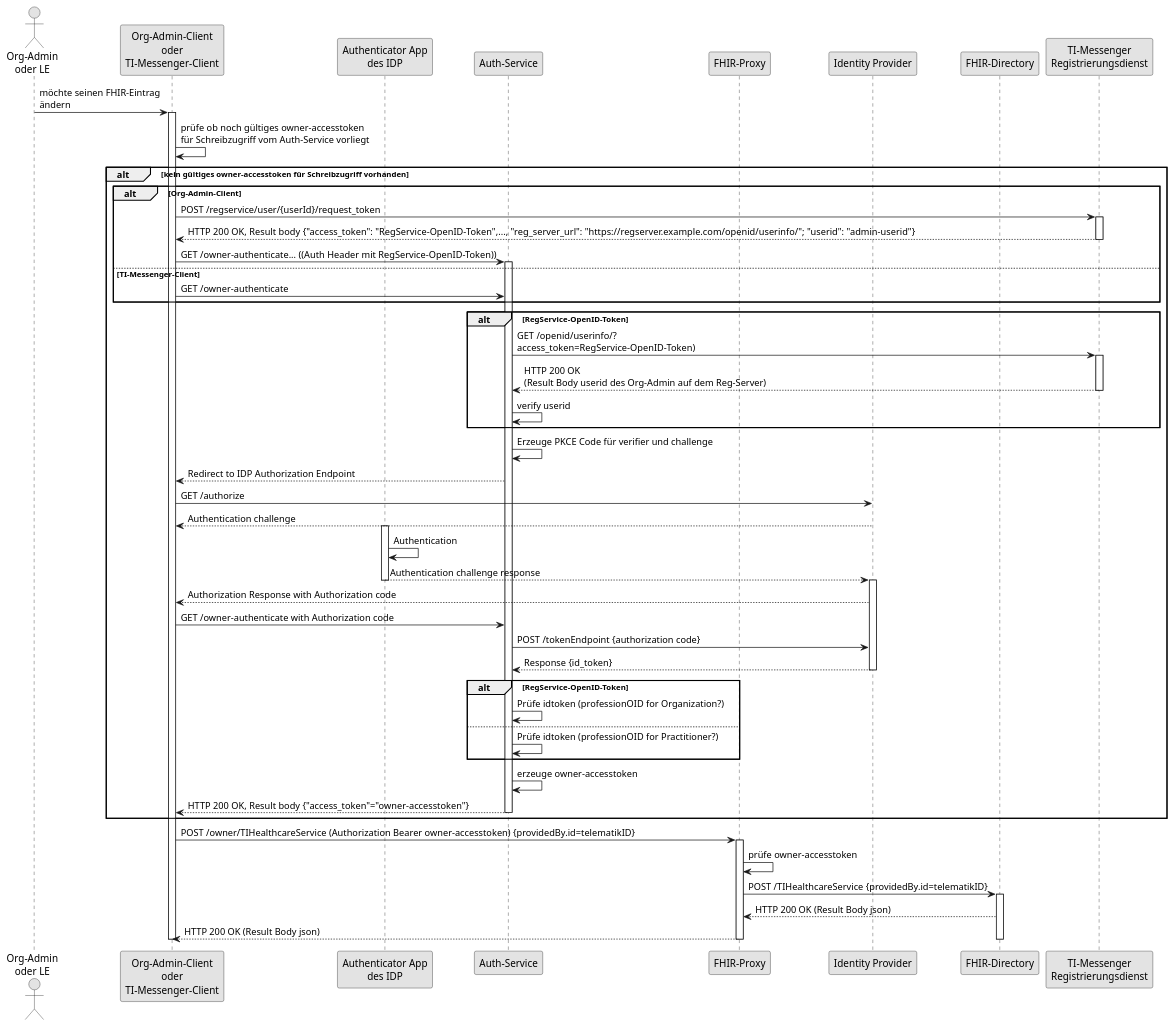
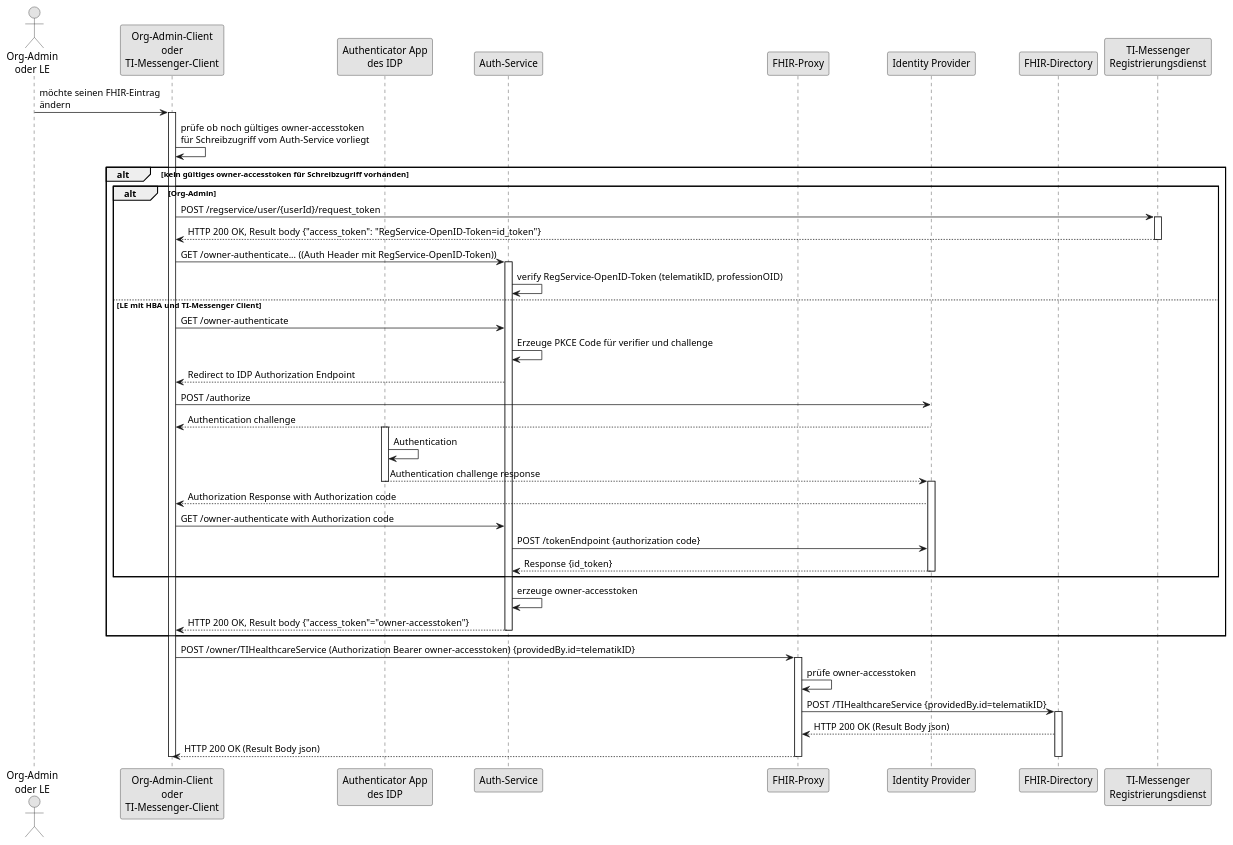
One commit to gematik/api-vzd changed the diagram in src/plantuml/SequenceDiagram.FHIR-Directory.owner.puml. Above: the diagram before and after it, drawn with PlantUML.

Commit message:
tim-1.1-changes
Update for tim-1.1-changes

```diff
--- a/src/plantuml/SequenceDiagram.FHIR-Directory.owner.puml
+++ b/src/plantuml/SequenceDiagram.FHIR-Directory.owner.puml
@@ -1,70 +1,59 @@
 @startuml FHIR-Directory, Sequenzdiagram Änderung von eigenen -Einträgen
 skinparam dpi 100
 skinparam WrapWidth 200
 skinparam monochrome true
 
 'title "FHIR-Directory, Sequenzdiagram Änderung von eigenen Einträgen'
 actor o as "Org-Admin\noder LE"
 participant cl as "Org-Admin-Client\noder\nTI-Messenger-Client"
 participant aa as "Authenticator App\ndes IDP"
 participant au as "Auth-Service"
 participant fp as "FHIR-Proxy"
 participant idp as "Identity Provider"
 participant fd as "FHIR-Directory"
 participant rd as "TI-Messenger\nRegistrierungsdienst"
 o -> cl: möchte seinen FHIR-Eintrag\nändern
 activate cl
 cl -> cl: prüfe ob noch gültiges owner-accesstoken\nfür Schreibzugriff vom Auth-Service vorliegt
 alt kein gültiges owner-accesstoken für Schreibzugriff vorhanden
-alt Org-Admin-Client
+alt Org-Admin
 cl -> rd: POST /regservice/user/{userId}/request_token
 activate rd
-rd --> cl: HTTP 200 OK, Result body {"access_token": "RegService-OpenID-Token",..., "reg_server_url": "https://regserver.example.com/openid/userinfo/"; "userid": "admin-userid"}
+rd --> cl: HTTP 200 OK, Result body {"access_token": "RegService-OpenID-Token=id_token"}
 deactivate rd
 cl -> au: GET /owner-authenticate... ((Auth Header mit RegService-OpenID-Token))
 activate au
-else TI-Messenger-Client
+au -> au: verify RegService-OpenID-Token (telematikID, professionOID)
+else LE mit HBA und TI-Messenger Client
 cl -> au: GET /owner-authenticate
-end
-alt RegService-OpenID-Token
-au -> rd: GET /openid/userinfo/?\naccess_token=RegService-OpenID-Token)
-activate rd
-rd --> au: HTTP 200 OK\n(Result Body userid des Org-Admin auf dem Reg-Server)
-deactivate rd
-au -> au: verify userid
-end
 au -> au: Erzeuge PKCE Code für verifier und challenge
 au --> cl: Redirect to IDP Authorization Endpoint
-cl -> idp: GET /authorize
+cl -> idp: POST /authorize
 idp --> cl: Authentication challenge
 activate aa
 aa -> aa: Authentication
 aa --> idp: Authentication challenge response
 deactivate aa
 activate idp
 idp --> cl: Authorization Response with Authorization code
 cl -> au: GET /owner-authenticate with Authorization code
 au -> idp: POST /tokenEndpoint {authorization code}
 idp --> au: Response {id_token}
 
 deactivate idp
-alt RegService-OpenID-Token
-au -> au: Prüfe idtoken (professionOID for Organization?)
-else
-au -> au: Prüfe idtoken (professionOID for Practitioner?)
 end
 au -> au: erzeuge owner-accesstoken
 au --> cl: HTTP 200 OK, Result body {"access_token"="owner-accesstoken"}
 deactivate au
 end
 cl -> fp: POST /owner/TIHealthcareService (Authorization Bearer owner-accesstoken) {providedBy.id=telematikID}
 activate fp
 fp -> fp: prüfe owner-accesstoken
 fp -> fd: POST /TIHealthcareService {providedBy.id=telematikID}
 activate fd
 fd --> fp: HTTP 200 OK (Result Body json)
 fp --> cl: HTTP 200 OK (Result Body json)
 deactivate fd
 deactivate fp
 deactivate cl
 @enduml
```
